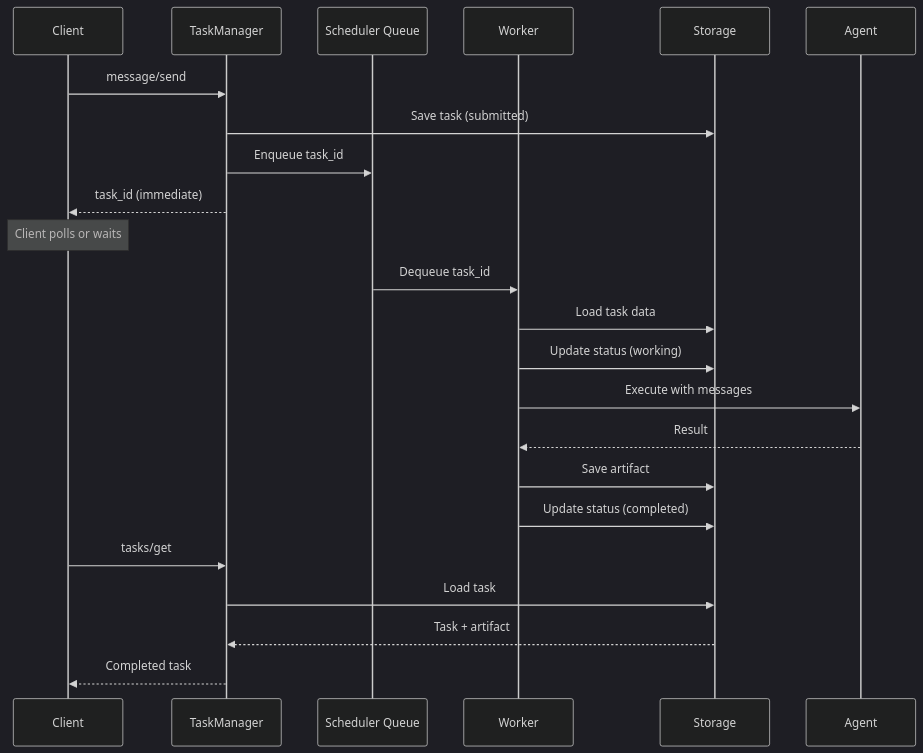
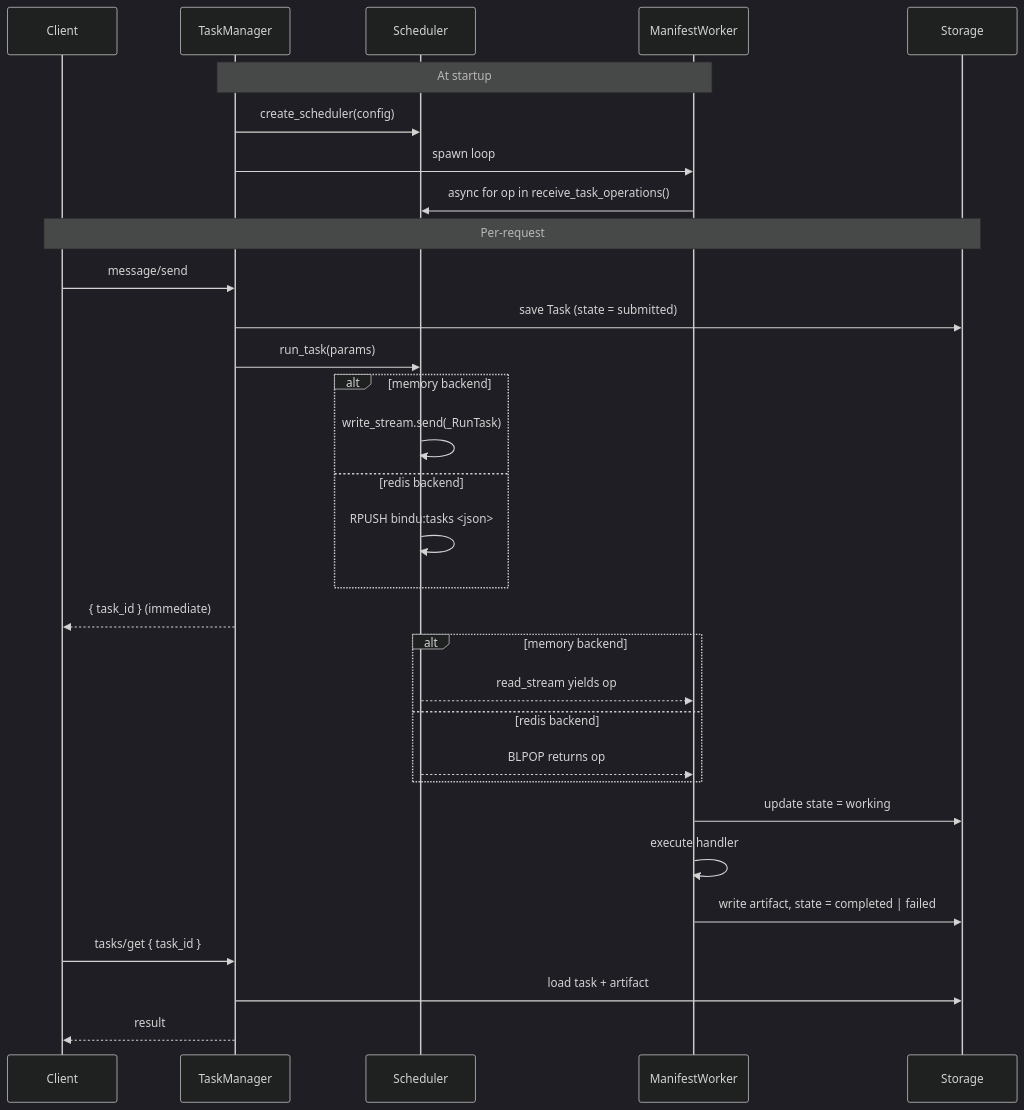
One commit to raahulrahl/docs changed the diagram in bindu/learn/scheduler/overview.mdx. Above: the diagram before and after it, drawn with Mermaid (dark theme). The commit also changed other lines of this file and 9 other files, not shown here.

````diff
--- a/bindu/learn/scheduler/overview.mdx
+++ b/bindu/learn/scheduler/overview.mdx
@@ -100,31 +72,41 @@
 ```mermaid
 sequenceDiagram
     participant Client
     participant TaskManager
-    participant Queue as Scheduler Queue
-    participant Worker
+    participant Scheduler
+    participant Worker as ManifestWorker
     participant Storage
-    participant Agent
+
+    Note over TaskManager,Worker: At startup
+    TaskManager->>Scheduler: create_scheduler(config)
+    TaskManager->>Worker: spawn loop
+    Worker->>Scheduler: async for op in receive_task_operations()
+
+    Note over Client,Storage: Per-request
 
     Client->>TaskManager: message/send
-    TaskManager->>Storage: Save task (submitted)
-    TaskManager->>Queue: Enqueue task_id
-    TaskManager-->>Client: task_id (immediate)
+    TaskManager->>Storage: save Task (state = submitted)
+    TaskManager->>Scheduler: run_task(params)
 
-    Note over Client: Client polls or waits
+    alt memory backend
+        Scheduler->>Scheduler: write_stream.send(_RunTask)
+    else redis backend
+        Scheduler->>Scheduler: RPUSH bindu:tasks <json>
+    end
 
-    Queue->>Worker: Dequeue task_id
-    Worker->>Storage: Load task data
-    Worker->>Storage: Update status (working)
+    TaskManager-->>Client: { task_id } (immediate)
 
-    Worker->>Agent: Execute with messages
-    Agent-->>Worker: Result
+    alt memory backend
+        Scheduler-->>Worker: read_stream yields op
+    else redis backend
+        Scheduler-->>Worker: BLPOP returns op
+    end
 
-    Worker->>Storage: Save artifact
-    Worker->>Storage: Update status (completed)
+    Worker->>Storage: update state = working
+    Worker->>Worker: execute handler
+    Worker->>Storage: write artifact, state = completed | failed
 
-    Client->>TaskManager: tasks/get
-    TaskManager->>Storage: Load task
-    Storage-->>TaskManager: Task + artifact
-    TaskManager-->>Client: Completed task
+    Client->>TaskManager: tasks/get { task_id }
+    TaskManager->>Storage: load task + artifact
+    TaskManager-->>Client: result
 ```
````
